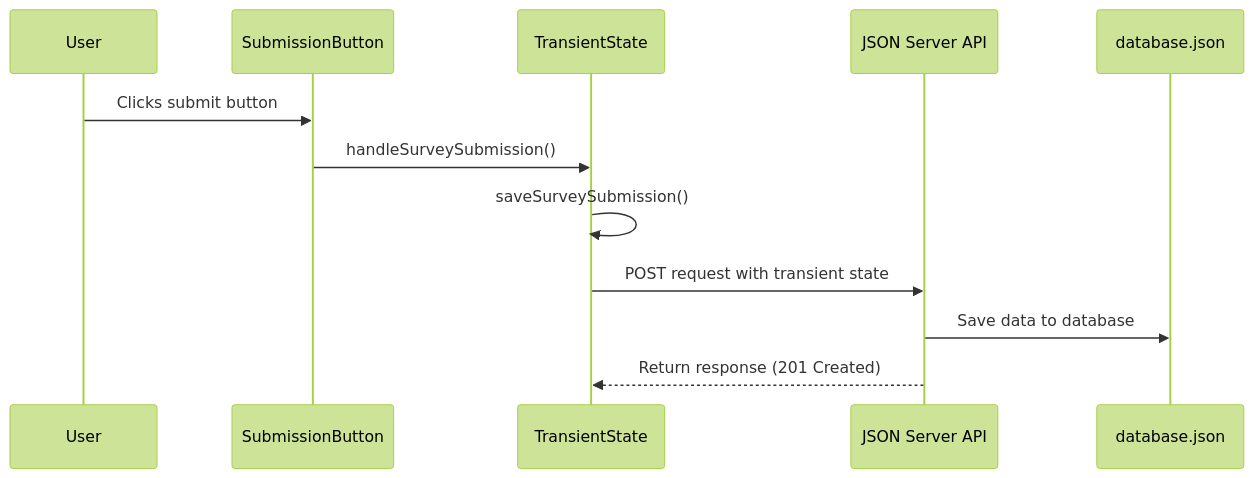
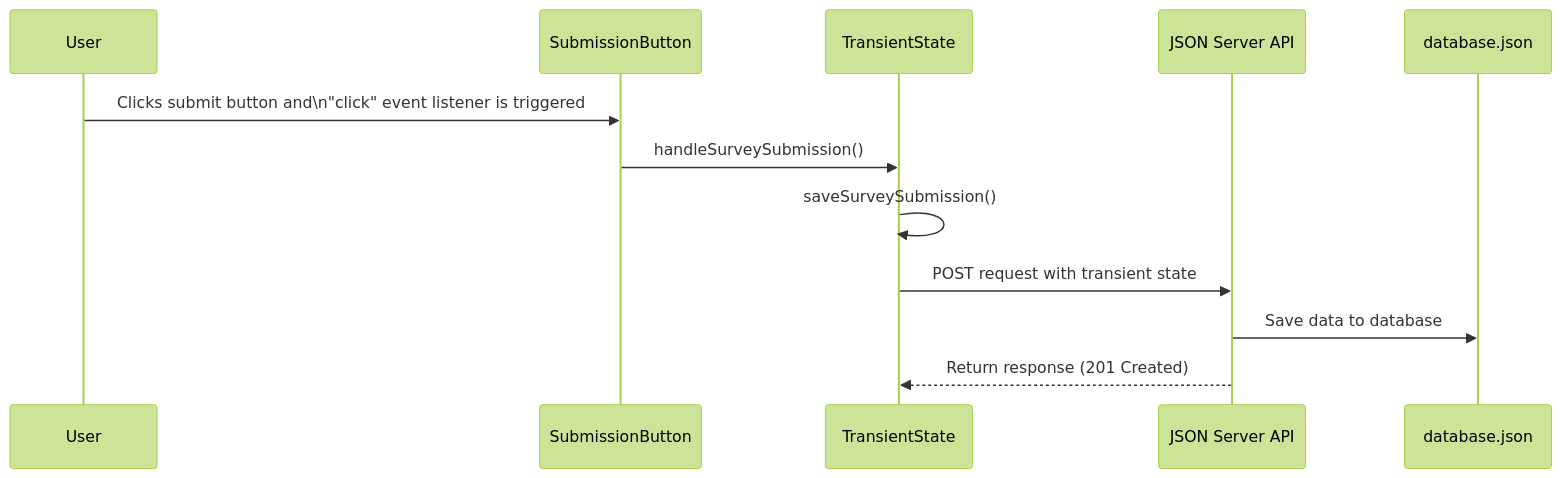
Before and after one commit to nashville-software-school/client-side-mastery: the diagram in book-5-kneel-diamonds/chapters/IJ_PERMANENT_STATE.md, drawn with Mermaid (forest theme).

Commit message:
updated past sequence diagram for conistency

````diff
--- a/book-5-kneel-diamonds/chapters/IJ_PERMANENT_STATE.md
+++ b/book-5-kneel-diamonds/chapters/IJ_PERMANENT_STATE.md
@@ -241,15 +241,15 @@
 ```mermaid
 sequenceDiagram
     participant User
     participant Button as SubmissionButton
     participant TransientState
     participant API as JSON Server API
     participant DB as database.json
     
-    User->>Button: Clicks submit button
+    User->>Button: Clicks submit button and\n"click" event listener is triggered
     Button->>TransientState: handleSurveySubmission()
     TransientState->>TransientState: saveSurveySubmission()
     TransientState->>API: POST request with transient state
     API->>DB: Save data to database
     API-->>TransientState: Return response (201 Created)
 ```
````
